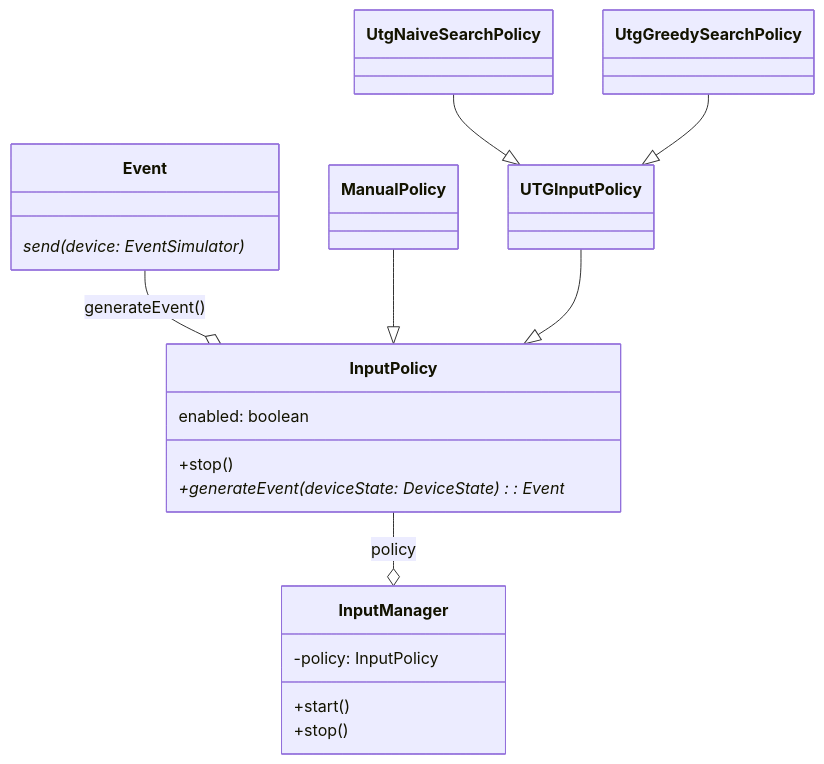
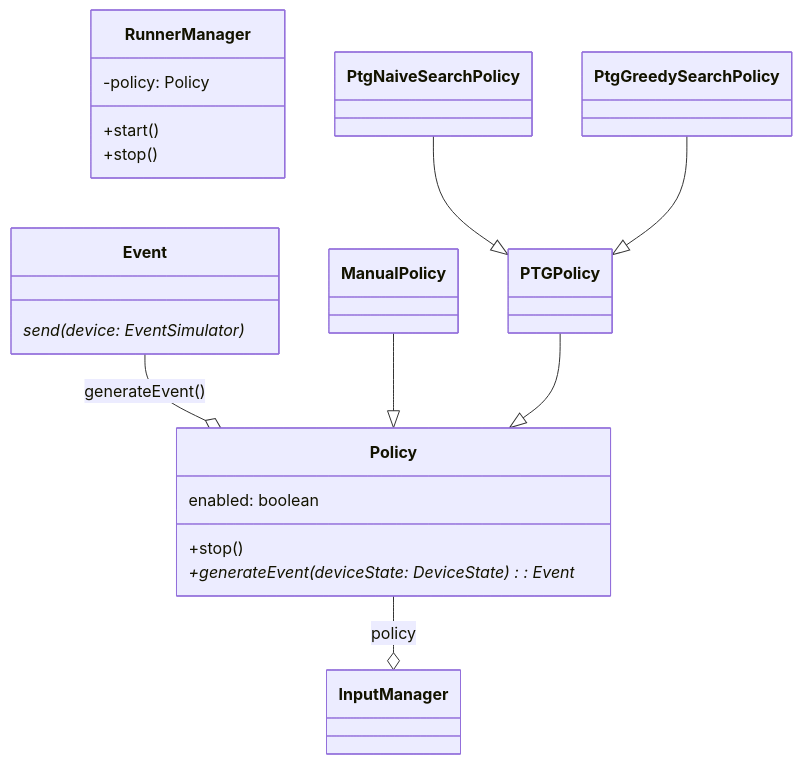
Before and after one commit to SMAT-Lab/HapTest: the diagram in doc/policy_classes.md, drawn with Mermaid. The commit also changed 16 other files, not shown here.

````diff
--- a/doc/policy_classes.md
+++ b/doc/policy_classes.md
@@ -1,31 +1,31 @@
 ```Mermaid
 classDiagram
     class Event {
         send(device: EventSimulator)*
     }
 
-    class InputPolicy {
+    class Policy {
         enabled: boolean
         +stop()
         +generateEvent(deviceState: DeviceState): Event*
     }
 
-    class InputManager {
-        -policy: InputPolicy
+    class RunnerManager {
+        -policy: Policy
         +start()
         +stop()
     }
 
     class ManualPolicy {
 
     }
 
-    InputPolicy --o InputManager: policy
-    Event --o InputPolicy: generateEvent()
+    Policy --o InputManager: policy
+    Event --o Policy: generateEvent()
 
-    ManualPolicy --|> InputPolicy
-    UTGInputPolicy --|> InputPolicy
-    UtgNaiveSearchPolicy --|> UTGInputPolicy
-    UtgGreedySearchPolicy --|> UTGInputPolicy
+    ManualPolicy --|> Policy
+    PTGPolicy --|> Policy
+    PtgNaiveSearchPolicy --|> PTGPolicy
+    PtgGreedySearchPolicy --|> PTGPolicy
 
 ```
````
